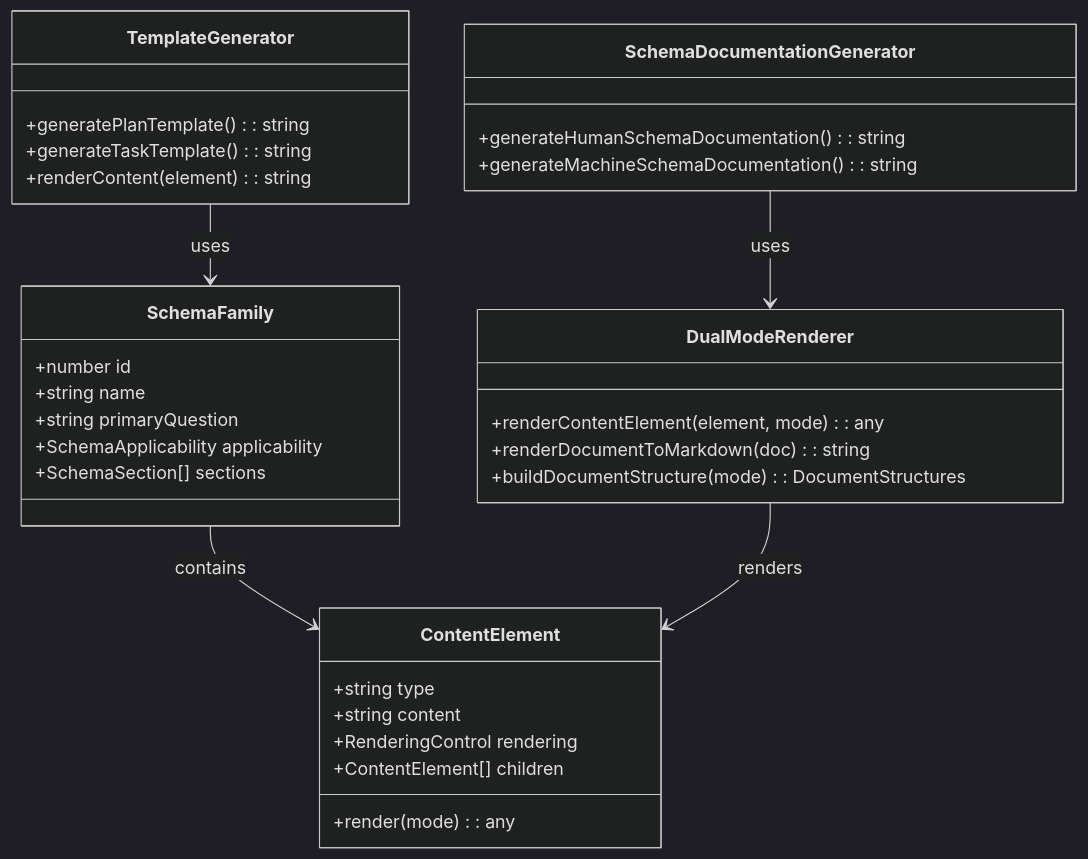
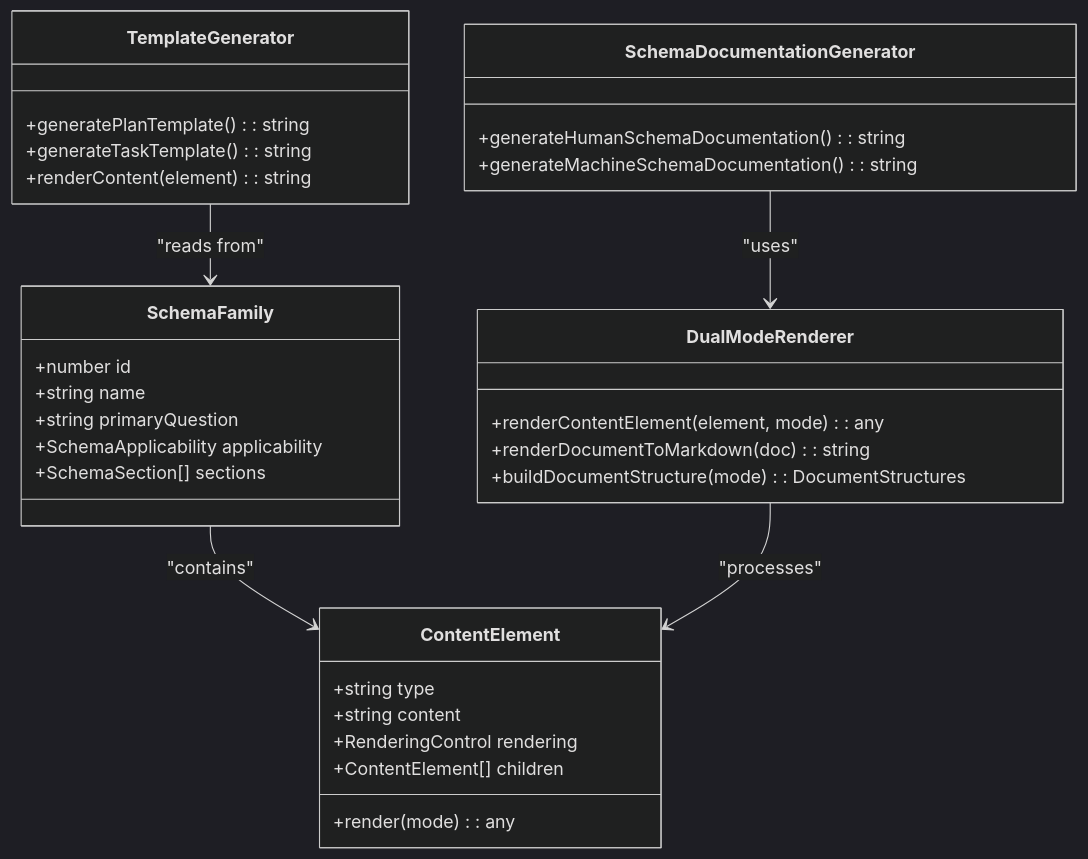
The sixth of 10 diagrams in docs/requirements/p1.plan.md (livelifelively/documentation-driven-development-tools), drawn with Mermaid (dark theme) before and after one commit. The commit also changed other lines of this file, not shown here.

````diff
--- a/docs/requirements/p1.plan.md
+++ b/docs/requirements/p1.plan.md
@@ -281,42 +336,42 @@
 ```mermaid
 classDiagram
     direction TB
 
     class SchemaFamily {
         +number id
         +string name
         +string primaryQuestion
         +SchemaApplicability applicability
         +SchemaSection[] sections
     }
 
     class ContentElement {
         +string type
         +string content
         +RenderingControl rendering
         +ContentElement[] children
         +render(mode): any
     }
 
     class TemplateGenerator {
         +generatePlanTemplate(): string
         +generateTaskTemplate(): string
         +renderContent(element): string
     }
 
     class DualModeRenderer {
         +renderContentElement(element, mode): any
         +renderDocumentToMarkdown(doc): string
         +buildDocumentStructure(mode): DocumentStructures
     }
 
     class SchemaDocumentationGenerator {
         +generateHumanSchemaDocumentation(): string
         +generateMachineSchemaDocumentation(): string
     }
 
-    SchemaFamily --> ContentElement : contains
-    TemplateGenerator --> SchemaFamily : uses
-    DualModeRenderer --> ContentElement : renders
-    SchemaDocumentationGenerator --> DualModeRenderer : uses
+    SchemaFamily --> ContentElement: "contains"
+    TemplateGenerator --> SchemaFamily: "reads from"
+    DualModeRenderer --> ContentElement: "processes"
+    SchemaDocumentationGenerator --> DualModeRenderer: "uses"
 ```
````
